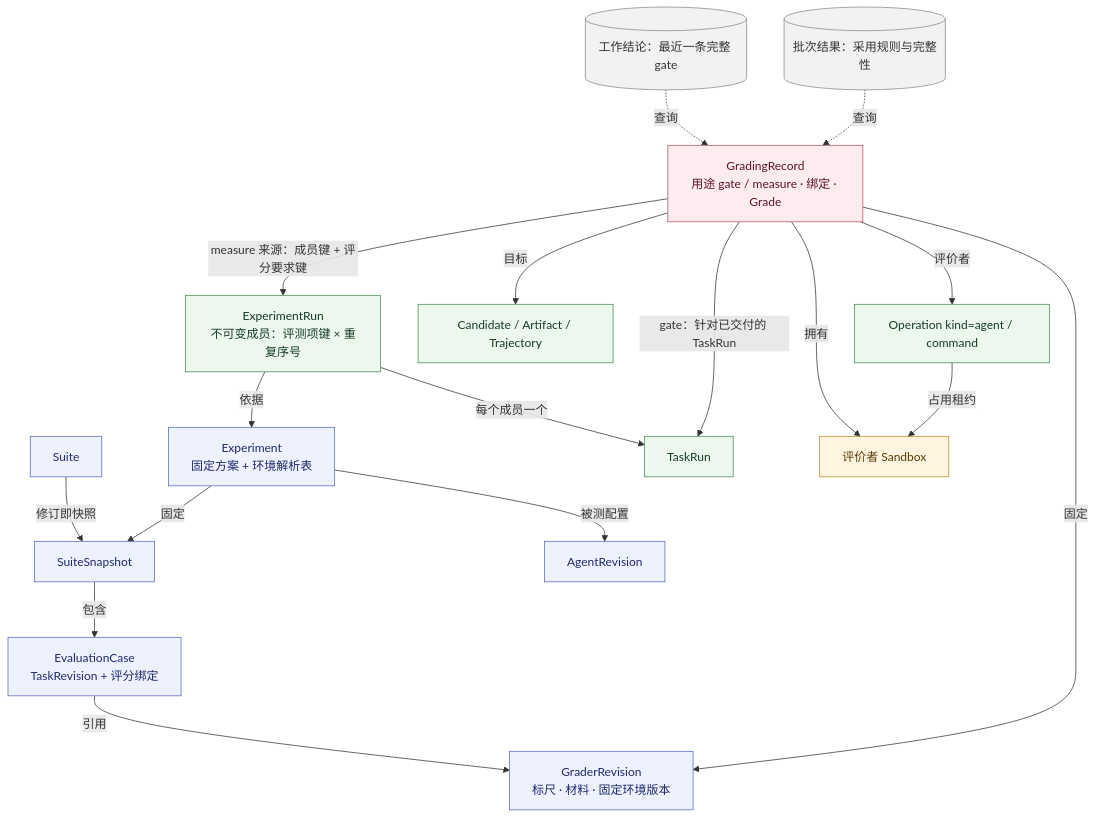
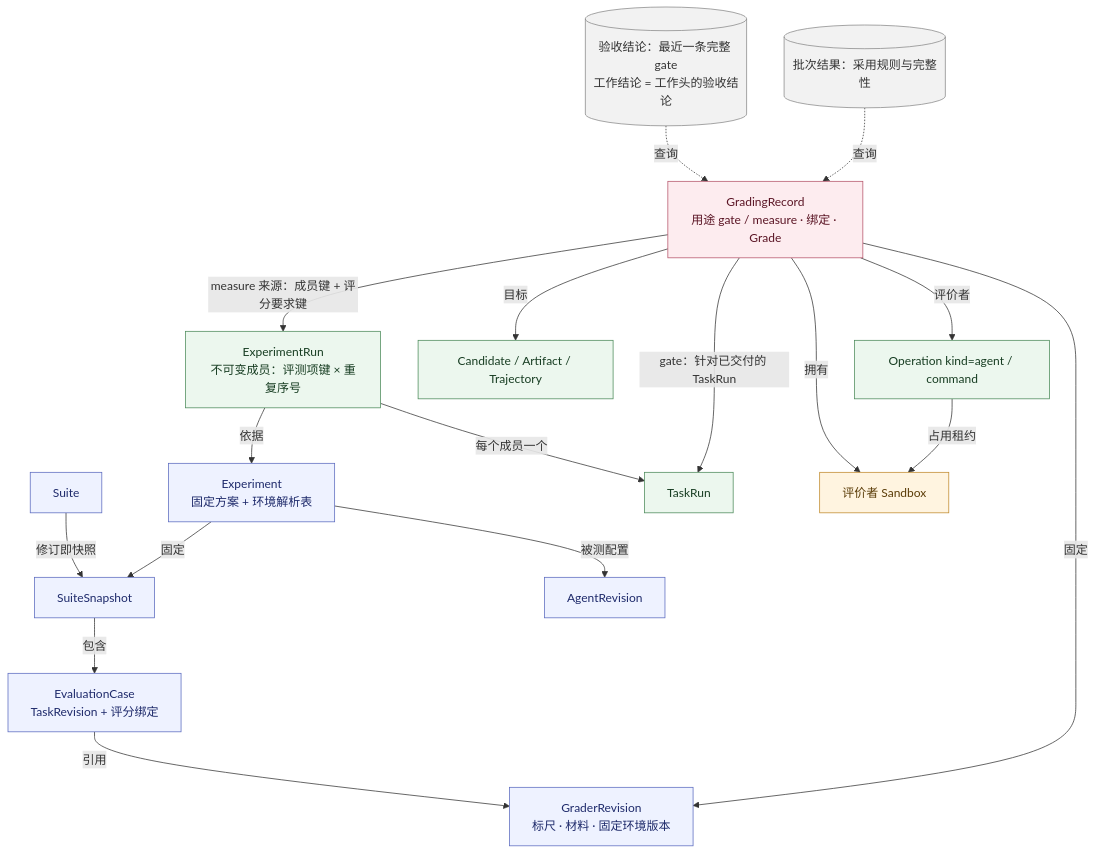
Before and after one commit to MaybeLL/Ground: the diagram in docs/assets/model-domain-eval.mmd, drawn with Mermaid. The commit also changed 11 other files, not shown here.

```diff
--- a/docs/assets/model-domain-eval.mmd
+++ b/docs/assets/model-domain-eval.mmd
@@ -1,27 +1,27 @@
 flowchart TB
   SU[Suite] -->|修订即快照| SS[SuiteSnapshot]
   EXP[Experiment<br/>固定方案 + 环境解析表] -->|固定| SS
   SS -->|包含| CASE[EvaluationCase<br/>TaskRevision + 评分绑定]
   EXP -->|被测配置| AR[AgentRevision]
   CASE -->|引用| GV[GraderRevision<br/>标尺 · 材料 · 固定环境版本]
   XR[ExperimentRun<br/>不可变成员：评测项键 × 重复序号] -->|依据| EXP
   XR -->|每个成员一个| RN[TaskRun]
   GRD[GradingRecord<br/>用途 gate / measure · 绑定 · Grade] -->|固定| GV
   GRD -->|measure 来源：成员键 + 评分要求键| XR
   GRD -->|目标| T[Candidate / Artifact / Trajectory]
   GRD -->|gate：针对已交付的 TaskRun| RN
   GRD -->|评价者| EOP[Operation kind=agent / command]
   GRD -->|拥有| ESB[评价者 Sandbox]
   EOP -->|占用租约| ESB
-  Q1[(工作结论：最近一条完整 gate)] -.->|查询| GRD
+  Q1[(验收结论：最近一条完整 gate<br/>工作结论 = 工作头的验收结论)] -.->|查询| GRD
   Q2[(批次结果：采用规则与完整性)] -.->|查询| GRD
   classDef def fill:#eef2ff,stroke:#5b6abf,color:#1e2a6b;
   classDef fact fill:#ecf7ee,stroke:#4c8a5a,color:#173d22;
   classDef res fill:#fff4e0,stroke:#c08a2d,color:#5a3b06;
   classDef eva fill:#fdecef,stroke:#b5546a,color:#5a1424;
   classDef q fill:#f2f2f2,stroke:#888,color:#333;
   class SU,EXP,SS,CASE,AR,GV def;
   class XR,RN,T,EOP fact;
   class ESB res;
   class GRD eva;
   class Q1,Q2 q;
```
